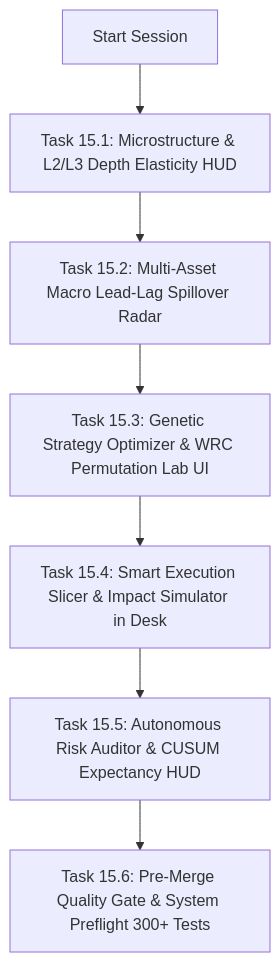
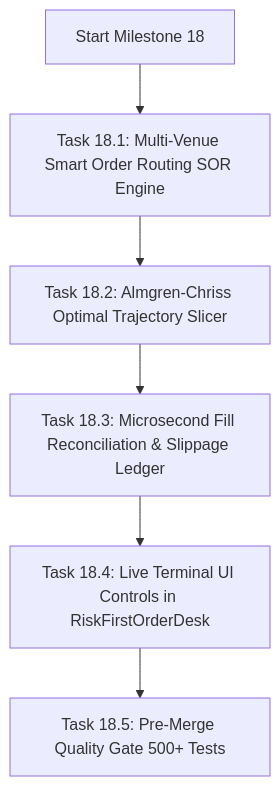
Before and after one commit to cloudshome/CBT: the diagram in Users/azims/CBT/docs/NEXT_SESSION_PLAN.md, drawn with Mermaid. The commit also changed other lines of this file and 2 other files, not shown here.

Commit message:
docs(pipeline): update SKY_STATUS, roadmap, and next session plan to v3.7.0 and Milestone 18

````diff
--- a/Users/azims/CBT/docs/NEXT_SESSION_PLAN.md
+++ b/Users/azims/CBT/docs/NEXT_SESSION_PLAN.md
@@ -24,9 +25,8 @@
 ```mermaid
 graph TD
-    A[Start Session] --> B[Task 15.1: Microstructure & L2/L3 Depth Elasticity HUD]
-    B --> C[Task 15.2: Multi-Asset Macro Lead-Lag Spillover Radar]
-    C --> D[Task 15.3: Genetic Strategy Optimizer & WRC Permutation Lab UI]
-    D --> E[Task 15.4: Smart Execution Slicer & Impact Simulator in Desk]
-    E --> F[Task 15.5: Autonomous Risk Auditor & CUSUM Expectancy HUD]
-    F --> G[Task 15.6: Pre-Merge Quality Gate & System Preflight 300+ Tests]
+    A[Start Milestone 18] --> B[Task 18.1: Multi-Venue Smart Order Routing SOR Engine]
+    B --> C[Task 18.2: Almgren-Chriss Optimal Trajectory Slicer]
+    C --> D[Task 18.3: Microsecond Fill Reconciliation & Slippage Ledger]
+    D --> E[Task 18.4: Live Terminal UI Controls in RiskFirstOrderDesk]
+    E --> F[Task 18.5: Pre-Merge Quality Gate 500+ Tests]
 ```
````
